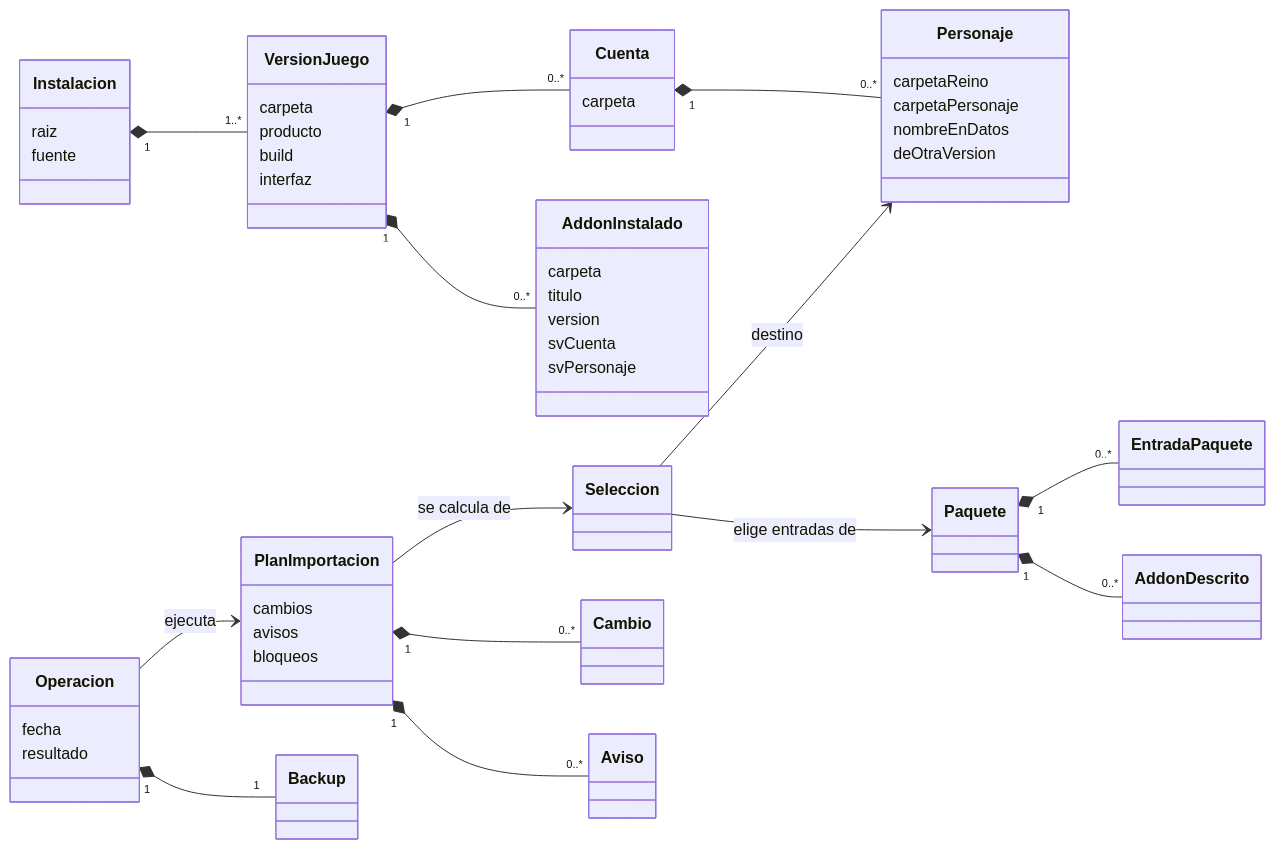
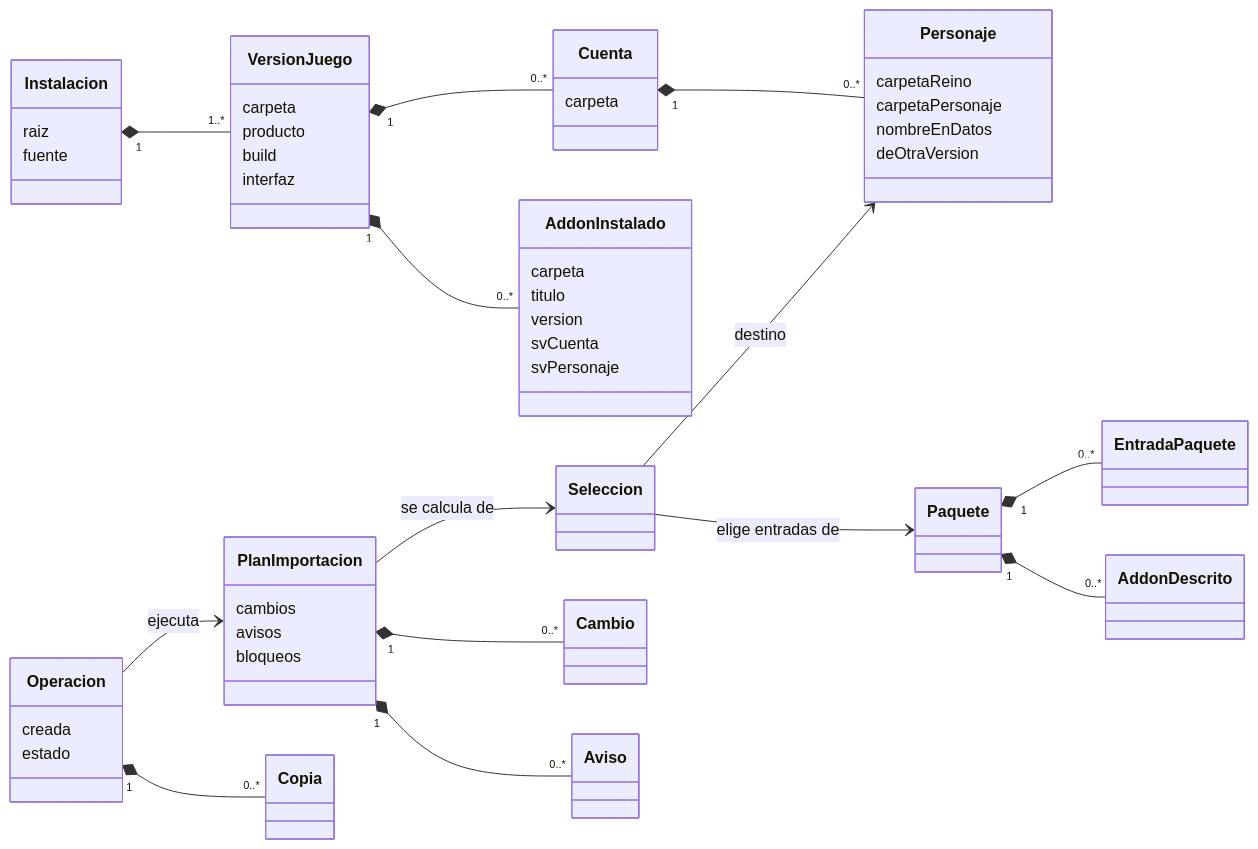
The diagram in docs/modelo-de-datos.md (SergioVertedor/wow-profile-manager), drawn with Mermaid before and after one commit. The commit also changed other lines of this file and 3 other files, not shown here.

````diff
--- a/docs/modelo-de-datos.md
+++ b/docs/modelo-de-datos.md
@@ -18,53 +18,53 @@
 ```mermaid
 classDiagram
     direction LR
     Instalacion "1" *-- "1..*" VersionJuego
     VersionJuego "1" *-- "0..*" Cuenta
     VersionJuego "1" *-- "0..*" AddonInstalado
     Cuenta "1" *-- "0..*" Personaje
     Paquete "1" *-- "0..*" EntradaPaquete
     Paquete "1" *-- "0..*" AddonDescrito
     Seleccion --> Paquete : elige entradas de
     Seleccion --> Personaje : destino
     PlanImportacion --> Seleccion : se calcula de
     PlanImportacion "1" *-- "0..*" Cambio
     PlanImportacion "1" *-- "0..*" Aviso
     Operacion --> PlanImportacion : ejecuta
-    Operacion "1" *-- "1" Backup
+    Operacion "1" *-- "0..*" Copia
 
     class Instalacion {
       raiz
       fuente
     }
     class VersionJuego {
       carpeta
       producto
       build
       interfaz
     }
     class Cuenta {
       carpeta
     }
     class Personaje {
       carpetaReino
       carpetaPersonaje
       nombreEnDatos
       deOtraVersion
     }
     class AddonInstalado {
       carpeta
       titulo
       version
       svCuenta
       svPersonaje
     }
     class PlanImportacion {
       cambios
       avisos
       bloqueos
     }
     class Operacion {
-      fecha
-      resultado
+      creada
+      estado
     }
 ```
````
